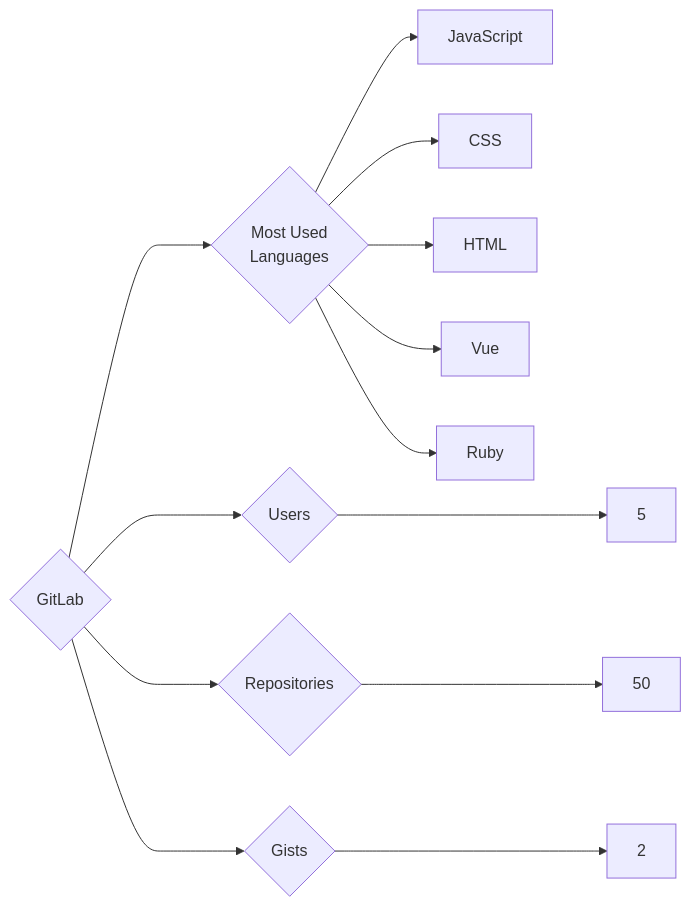
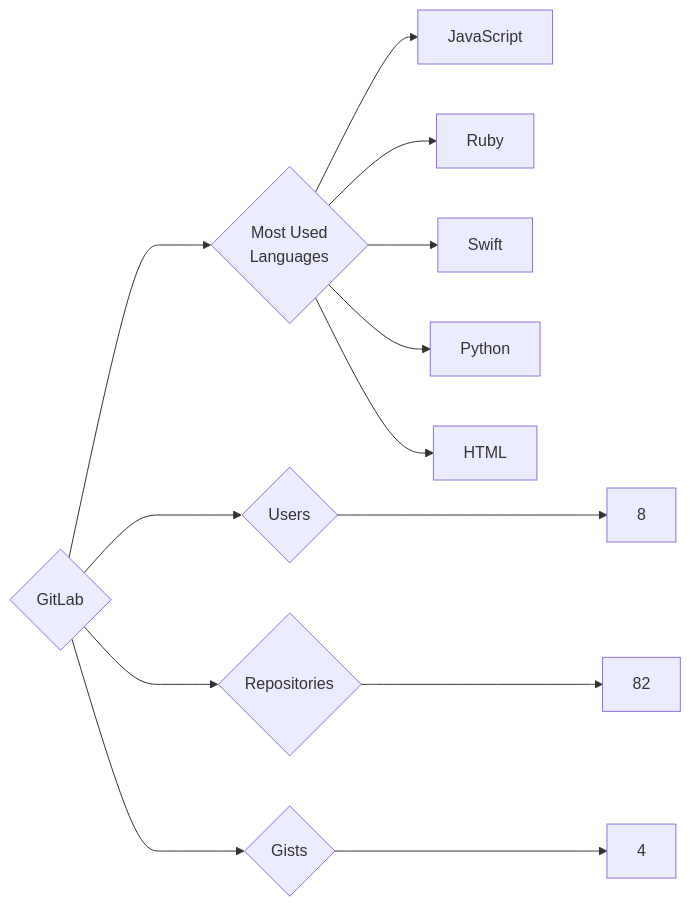
The diagram in targets/GitLab/README.md (trickest/insiders), drawn with Mermaid before and after one commit. The commit also changed 1089 other files, not shown here.

````diff
--- a/targets/GitLab/README.md
+++ b/targets/GitLab/README.md
@@ -3,13 +3,13 @@
 ```mermaid
 graph LR
 COMPANY_NAME{GitLab}
-COMPANY_NAME ---> U{Users} ---> UN[5]
-COMPANY_NAME ---> R{Repositories} ---> RN[50]
-COMPANY_NAME ---> G{Gists} ---> GN[2]
+COMPANY_NAME ---> U{Users} ---> UN[8]
+COMPANY_NAME ---> R{Repositories} ---> RN[82]
+COMPANY_NAME ---> G{Gists} ---> GN[4]
 COMPANY_NAME ---> ML{Most Used<br>Languages}
 ML --> JavaScript[JavaScript]
-ML --> CSS[CSS]
+ML --> Ruby[Ruby]
+ML --> Swift[Swift]
+ML --> Python[Python]
 ML --> HTML[HTML]
-ML --> Vue[Vue]
-ML --> Ruby[Ruby]
 ```
````
